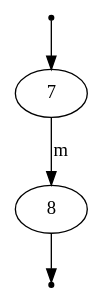
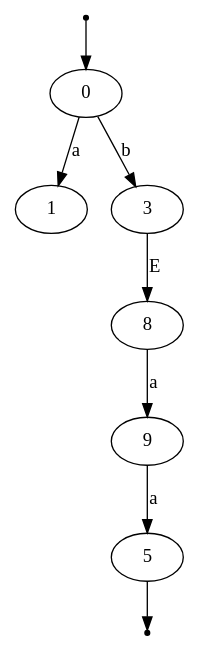
Before and after one commit to belcadilina-lab/automate: the diagram in automate_utilisateur.dot, drawn with Graphviz. The commit also changed 2 other files, not shown here.

```diff
--- a/automate_utilisateur.dot
+++ b/automate_utilisateur.dot
@@ -1,7 +1,11 @@
 digraph G {
 init [shape=point];
 fin [shape=point];
-init -> 7;
-7 -> 8 [label="m"];
-8 -> fin;
+init -> 0;
+0 -> 1 [label="a"];
+0 -> 3 [label="b"];
+8 -> 9 [label="a"];
+9 -> 5 [label="a"];
+3 -> 8 [label="E"];
+5 -> fin;
 }
```
